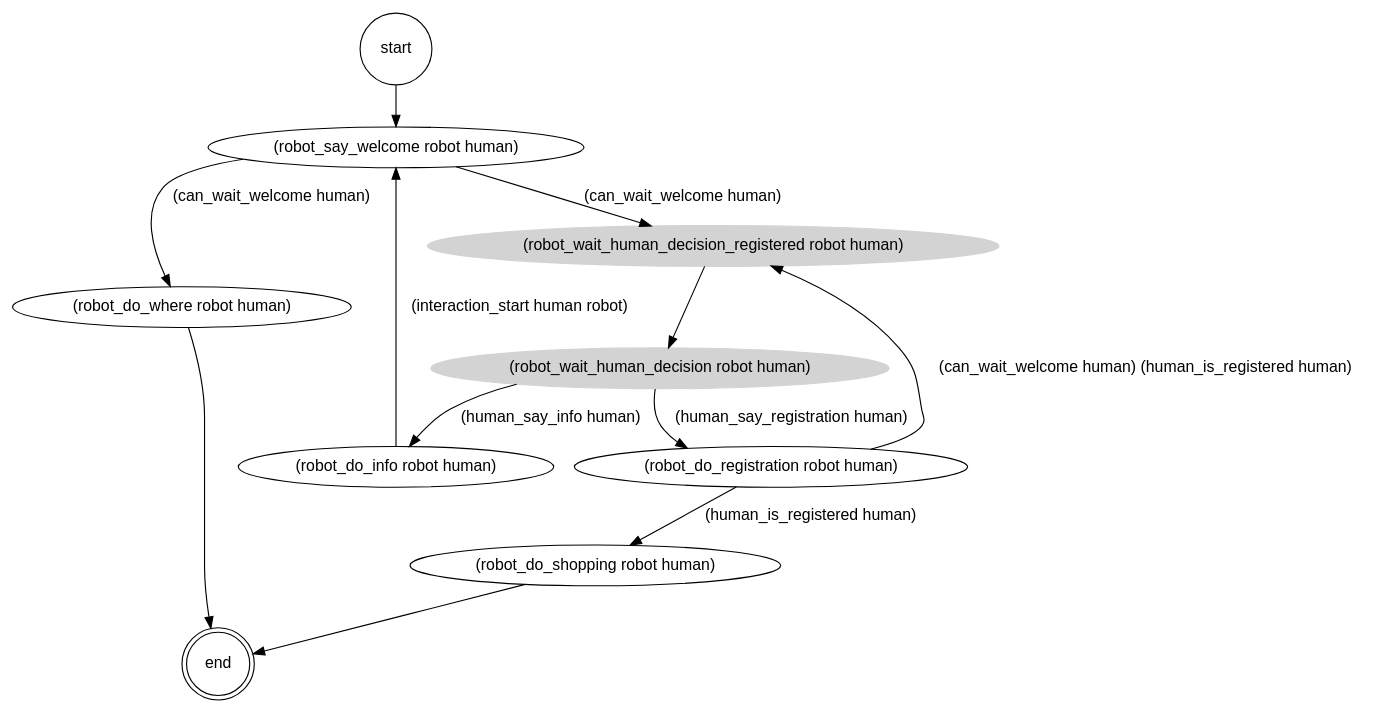
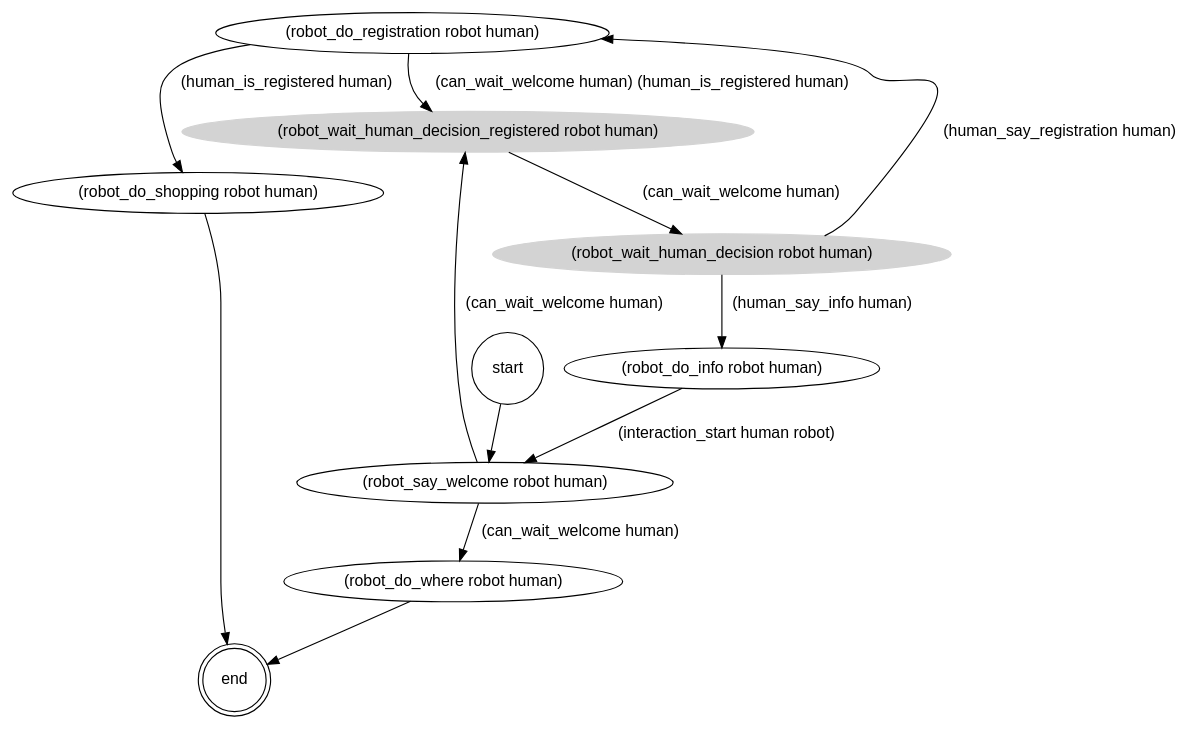
The diagram in playground/pddl/hri_problem_example_v2.tred.gv (francescotss/PepperMart), drawn with Graphviz before and after one commit. The commit also changed 12 other files, not shown here.

```diff
--- a/playground/pddl/hri_problem_example_v2.tred.gv
+++ b/playground/pddl/hri_problem_example_v2.tred.gv
@@ -1,29 +1,29 @@
 strict digraph "" {
 	graph [fontname=helvetica];
 	node [fontname=helvetica,
 		label="\N",
 		shape=ellipse
 	];
 	edge [fontname=helvetica];
 	"(end)"	 [label=end,
 		peripheries=2,
 		shape=circle];
+	"(robot_do_shopping robot human)" -> "(end)";
 	"(robot_do_where robot human)" -> "(end)";
-	"(robot_do_shopping robot human)" -> "(end)";
 	"(robot_wait_human_decision_registered robot human)"	 [color=lightgrey,
 		style=filled];
 	"(robot_wait_human_decision robot human)"	 [color=lightgrey,
 		style=filled];
-	"(robot_wait_human_decision_registered robot human)" -> "(robot_wait_human_decision robot human)";
+	"(robot_wait_human_decision_registered robot human)" -> "(robot_wait_human_decision robot human)"	 [label="(can_wait_welcome human)"];
 	"(robot_wait_human_decision robot human)" -> "(robot_do_info robot human)"	 [label="(human_say_info human)"];
 	"(robot_wait_human_decision robot human)" -> "(robot_do_registration robot human)"	 [label="(human_say_registration human)"];
 	"(robot_do_info robot human)" -> "(robot_say_welcome robot human)"	 [label="(interaction_start human robot)"];
 	"(robot_do_registration robot human)" -> "(robot_do_shopping robot human)"	 [label="(human_is_registered human)"];
 	"(robot_do_registration robot human)" -> "(robot_wait_human_decision_registered robot human)"	 [label="(can_wait_welcome human) (human_is_registered human)"];
 	"(robot_say_welcome robot human)" -> "(robot_do_where robot human)"	 [label="(can_wait_welcome human)"];
 	"(robot_say_welcome robot human)" -> "(robot_wait_human_decision_registered robot human)"	 [label="(can_wait_welcome human)"];
 	"(start)"	 [label=start,
 		peripheries=1,
 		shape=circle];
 	"(start)" -> "(robot_say_welcome robot human)";
 }
```
